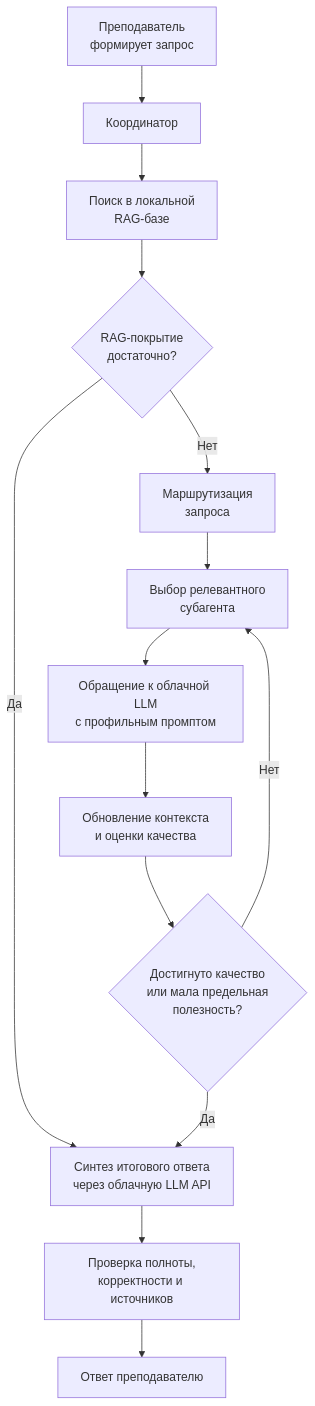
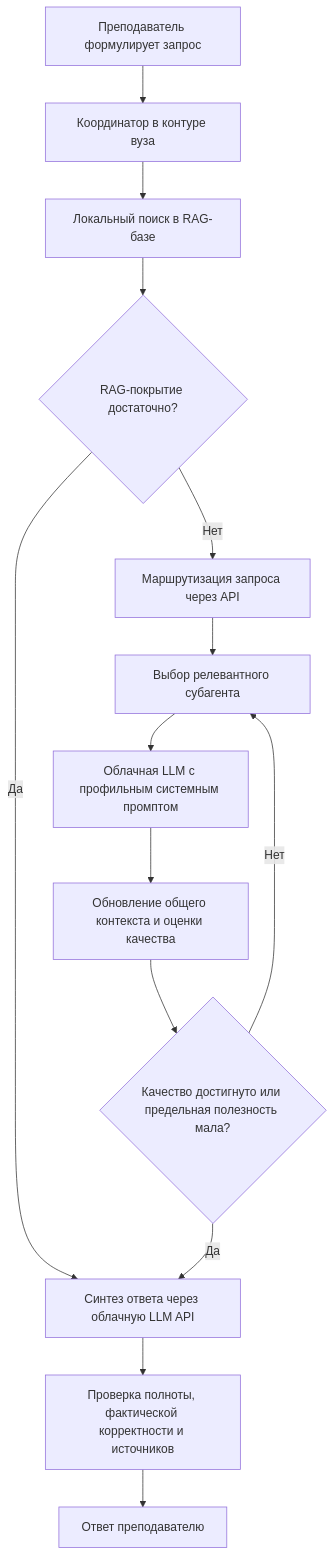
One commit to BosenkoTM/mgpu_task changed the diagram in sim_01/README.md. Above: the diagram before and after it, drawn with Mermaid. The commit also changed other lines of this file, not shown here.

````diff
--- a/sim_01/README.md
+++ b/sim_01/README.md
@@ -23,20 +23,16 @@
 ```mermaid
 flowchart TD
-    T["Преподаватель<br/>формирует запрос"] --> C["Координатор"]
-    C --> R["Поиск в локальной<br/>RAG-базе"]
-    R --> G{"RAG-покрытие<br/>достаточно?"}
-
-    G -- "Да" --> S["Синтез итогового ответа<br/>через облачную LLM API"]
-    G -- "Нет" --> RT["Маршрутизация<br/>запроса"]
-
-    RT --> A["Выбор релевантного<br/>субагента"]
-    A --> L["Обращение к облачной LLM<br/>с профильным промптом"]
-    L --> U["Обновление контекста<br/>и оценки качества"]
-
-    U --> D{"Достигнуто качество<br/>или мала предельная<br/>полезность?"}
-    D -- "Нет" --> A
-    D -- "Да" --> S
-
-    S --> V["Проверка полноты,<br/>корректности и источников"]
-    V --> O["Ответ преподавателю"]
+    T[Преподаватель формулирует запрос] --> C[Координатор в контуре вуза]
+    C --> R[Локальный поиск в RAG-базе]
+    R --> G{RAG-покрытие достаточно?}
+    G -- Да --> S[Синтез ответа через облачную LLM API]
+    G -- Нет --> RT[Маршрутизация запроса через API]
+    RT --> A[Выбор релевантного субагента]
+    A --> L[Облачная LLM с профильным системным промптом]
+    L --> U[Обновление общего контекста и оценки качества]
+    U --> D{Качество достигнуто или предельная полезность мала?}
+    D -- Нет --> A
+    D -- Да --> S
+    S --> V[Проверка полноты, фактической корректности и источников]
+    V --> O[Ответ преподавателю]
 ```
````
